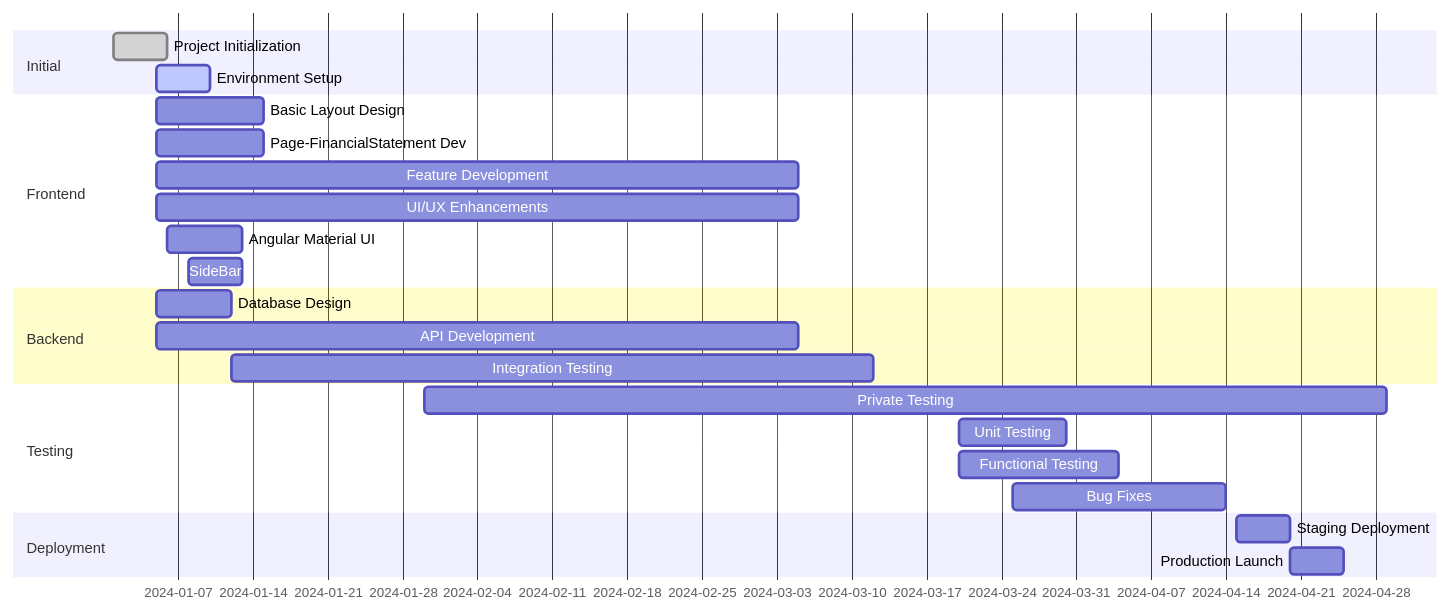
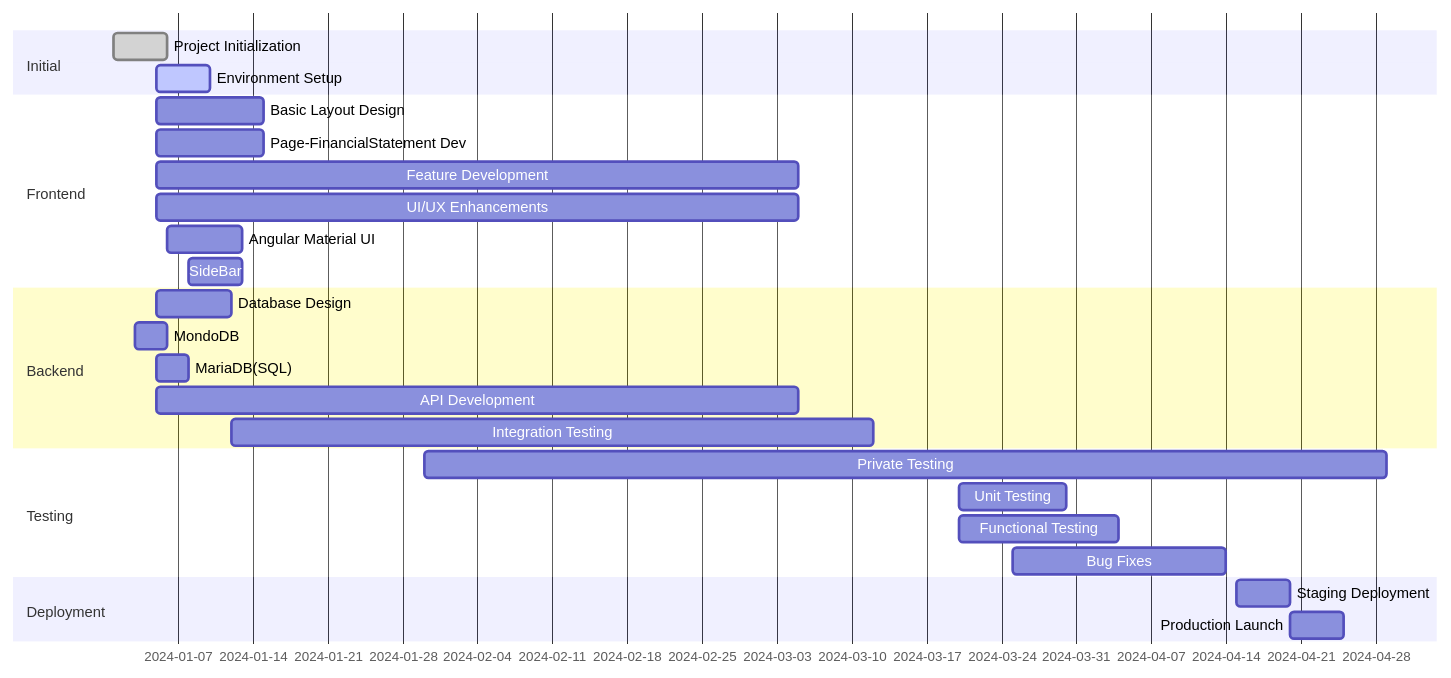
Before and after one commit to lumduan/fireball-ng: the first of 7 diagrams in README.md, drawn with Mermaid. The commit also changed other lines of this file, not shown here.

````diff
--- a/README.md
+++ b/README.md
@@ -5,33 +5,35 @@
 ```mermaid
 gantt
 
 dateFormat YYYY-MM-DD
 
 section Initial
   Project Initialization :done, 2024-01-01, 5d
   Environment Setup     :active, after des1, 5d
 
 section Frontend
   Basic Layout Design   : 2024-01-05, 10d
   Page-FinancialStatement Dev : 2024-01-05, 10d
   Feature Development   : 2024-01-05, 60d
   UI/UX Enhancements    : 2024-01-05, 60d
   Angular Material UI : 2024-01-06,7d
   SideBar: 2024-01-08, 5d
 
 section Backend
   Database Design       : 2024-01-05, 7d
+    MondoDB : 2024-01-03, 3d
+    MariaDB(SQL) : 2024-01-05, 3d
   API Development       : 2024-01-05, 60d
   Integration Testing   : 2024-01-12, 60d
 
 section Testing
   Private Testing : 2024-01-30, 90d
   Unit Testing          : 2024-03-20, 10d
   Functional Testing    : 2024-03-20, 15d
   Bug Fixes             :2024-03-25, 20d
 
 section Deployment
   Staging Deployment    : 2024-04-15, 5d
   Production Launch     : 2024-04-20, 5d
 
 ```
````
